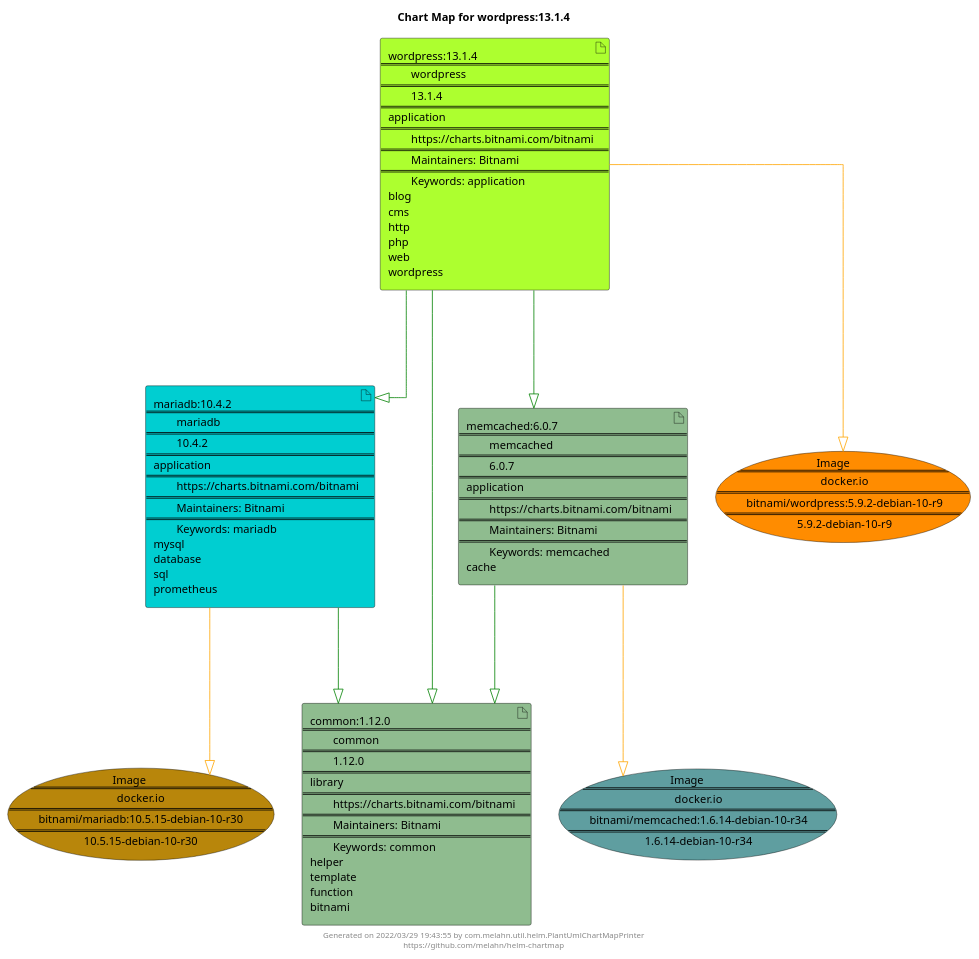
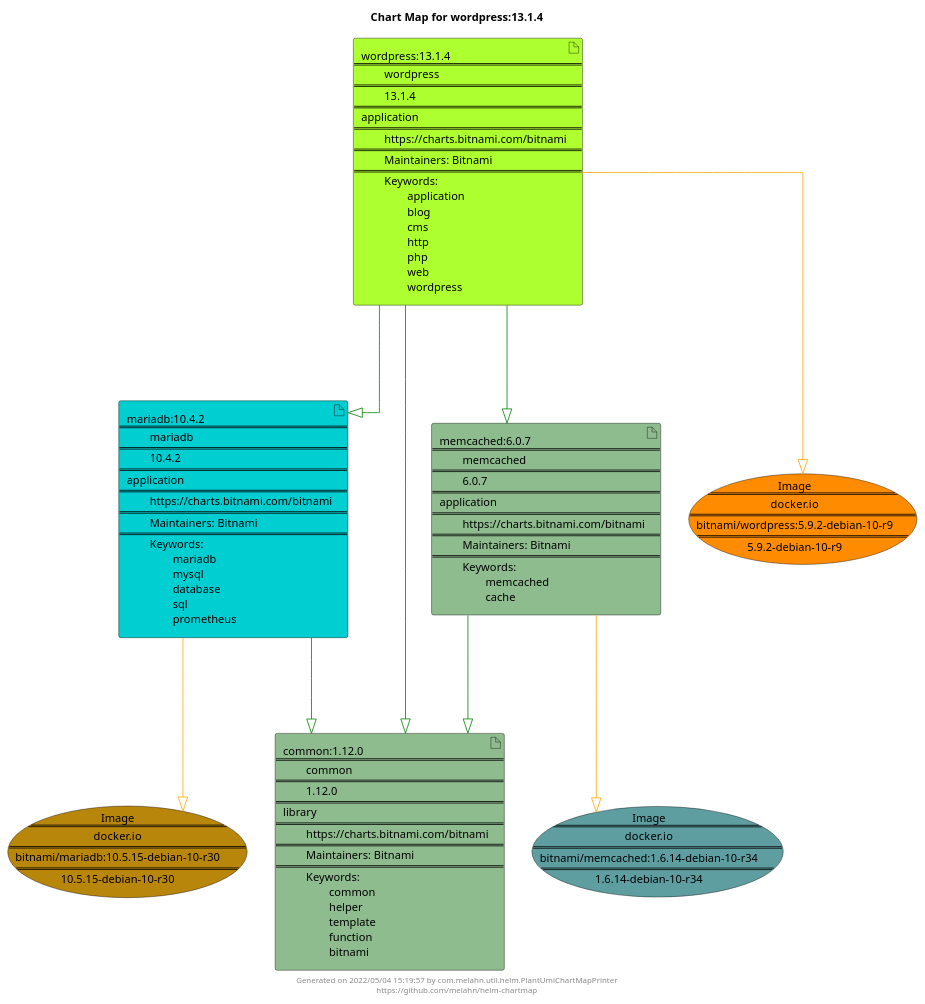
Before and after one commit to melahn/helm-chartmap: the diagram in docs/wordpress/wordpress-13.1.4.puml, drawn with PlantUML. The commit also changed 55 other files, not shown here.

Commit message:
Update Example Chart Maps as part of GitHub build

```diff
--- a/docs/wordpress/wordpress-13.1.4.puml
+++ b/docs/wordpress/wordpress-13.1.4.puml
@@ -1,33 +1,33 @@
 @startuml
 skinparam linetype ortho
 skinparam backgroundColor white
 skinparam usecaseBorderColor black
 skinparam usecaseArrowColor LightSlateGray
 skinparam artifactBorderColor black
 skinparam artifactArrowColor LightSlateGray
 
 title Chart Map for wordpress:13.1.4
 
 'There are 4 referenced Helm Charts
-artifact "wordpress:13.1.4\n====\n\twordpress\n====\n\t13.1.4\n====\napplication\n====\n\thttps://charts.bitnami.com/bitnami\n====\n\tMaintainers: Bitnami\n====\n\tKeywords: application\nblog\ncms\nhttp\nphp\nweb\nwordpress" as wordpress_13_1_4 #GreenYellow
-artifact "mariadb:10.4.2\n====\n\tmariadb\n====\n\t10.4.2\n====\napplication\n====\n\thttps://charts.bitnami.com/bitnami\n====\n\tMaintainers: Bitnami\n====\n\tKeywords: mariadb\nmysql\ndatabase\nsql\nprometheus" as mariadb_10_4_2 #DarkTurquoise
-artifact "memcached:6.0.7\n====\n\tmemcached\n====\n\t6.0.7\n====\napplication\n====\n\thttps://charts.bitnami.com/bitnami\n====\n\tMaintainers: Bitnami\n====\n\tKeywords: memcached\ncache" as memcached_6_0_7 #DarkSeaGreen
-artifact "common:1.12.0\n====\n\tcommon\n====\n\t1.12.0\n====\nlibrary\n====\n\thttps://charts.bitnami.com/bitnami\n====\n\tMaintainers: Bitnami\n====\n\tKeywords: common\nhelper\ntemplate\nfunction\nbitnami" as common_1_12_0 #DarkSeaGreen
+artifact "wordpress:13.1.4\n====\n\twordpress\n====\n\t13.1.4\n====\napplication\n====\n\thttps://charts.bitnami.com/bitnami\n====\n\tMaintainers: Bitnami\n====\n\tKeywords: \n\t\tapplication\n\t\tblog\n\t\tcms\n\t\thttp\n\t\tphp\n\t\tweb\n\t\twordpress" as wordpress_13_1_4 #GreenYellow
+artifact "mariadb:10.4.2\n====\n\tmariadb\n====\n\t10.4.2\n====\napplication\n====\n\thttps://charts.bitnami.com/bitnami\n====\n\tMaintainers: Bitnami\n====\n\tKeywords: \n\t\tmariadb\n\t\tmysql\n\t\tdatabase\n\t\tsql\n\t\tprometheus" as mariadb_10_4_2 #DarkTurquoise
+artifact "memcached:6.0.7\n====\n\tmemcached\n====\n\t6.0.7\n====\napplication\n====\n\thttps://charts.bitnami.com/bitnami\n====\n\tMaintainers: Bitnami\n====\n\tKeywords: \n\t\tmemcached\n\t\tcache" as memcached_6_0_7 #DarkSeaGreen
+artifact "common:1.12.0\n====\n\tcommon\n====\n\t1.12.0\n====\nlibrary\n====\n\thttps://charts.bitnami.com/bitnami\n====\n\tMaintainers: Bitnami\n====\n\tKeywords: \n\t\tcommon\n\t\thelper\n\t\ttemplate\n\t\tfunction\n\t\tbitnami" as common_1_12_0 #DarkSeaGreen
 
 'There are 3 referenced Docker Images
-usecase "Image\n====\n\tdocker.io\n====\n\tbitnami/mariadb:10.5.15-debian-10-r30\n====\n\t10.5.15-debian-10-r30" as docker_io_bitnami_mariadb_10_5_15_debian_10_r30 #DarkGoldenRod
-usecase "Image\n====\n\tdocker.io\n====\n\tbitnami/memcached:1.6.14-debian-10-r34\n====\n\t1.6.14-debian-10-r34" as docker_io_bitnami_memcached_1_6_14_debian_10_r34 #CadetBlue
-usecase "Image\n====\n\tdocker.io\n====\n\tbitnami/wordpress:5.9.2-debian-10-r9\n====\n\t5.9.2-debian-10-r9" as docker_io_bitnami_wordpress_5_9_2_debian_10_r9 #Darkorange
+usecase "Image\n====\ndocker.io\n====\nbitnami/mariadb:10.5.15-debian-10-r30\n====\n10.5.15-debian-10-r30" as docker_io_bitnami_mariadb_10_5_15_debian_10_r30 #DarkGoldenRod
+usecase "Image\n====\ndocker.io\n====\nbitnami/memcached:1.6.14-debian-10-r34\n====\n1.6.14-debian-10-r34" as docker_io_bitnami_memcached_1_6_14_debian_10_r34 #CadetBlue
+usecase "Image\n====\ndocker.io\n====\nbitnami/wordpress:5.9.2-debian-10-r9\n====\n5.9.2-debian-10-r9" as docker_io_bitnami_wordpress_5_9_2_debian_10_r9 #Darkorange
 
 'Chart Dependencies
+wordpress_13_1_4--[#green]-|>common_1_12_0
 wordpress_13_1_4--[#green]-|>mariadb_10_4_2
 mariadb_10_4_2--[#green]-|>common_1_12_0
 wordpress_13_1_4--[#green]-|>memcached_6_0_7
 memcached_6_0_7--[#green]-|>common_1_12_0
-wordpress_13_1_4--[#green]-|>common_1_12_0
 wordpress_13_1_4--[#orange]-|>docker_io_bitnami_wordpress_5_9_2_debian_10_r9
 mariadb_10_4_2--[#orange]-|>docker_io_bitnami_mariadb_10_5_15_debian_10_r30
 memcached_6_0_7--[#orange]-|>docker_io_bitnami_memcached_1_6_14_debian_10_r34
 
-center footer Generated on 2022/03/29 19:43:55 by com.melahn.util.helm.PlantUmlChartMapPrinter\nhttps://github.com/melahn/helm-chartmap
+center footer Generated on 2022/05/04 15:19:57 by com.melahn.util.helm.PlantUmlChartMapPrinter\nhttps://github.com/melahn/helm-chartmap
 @enduml
```
